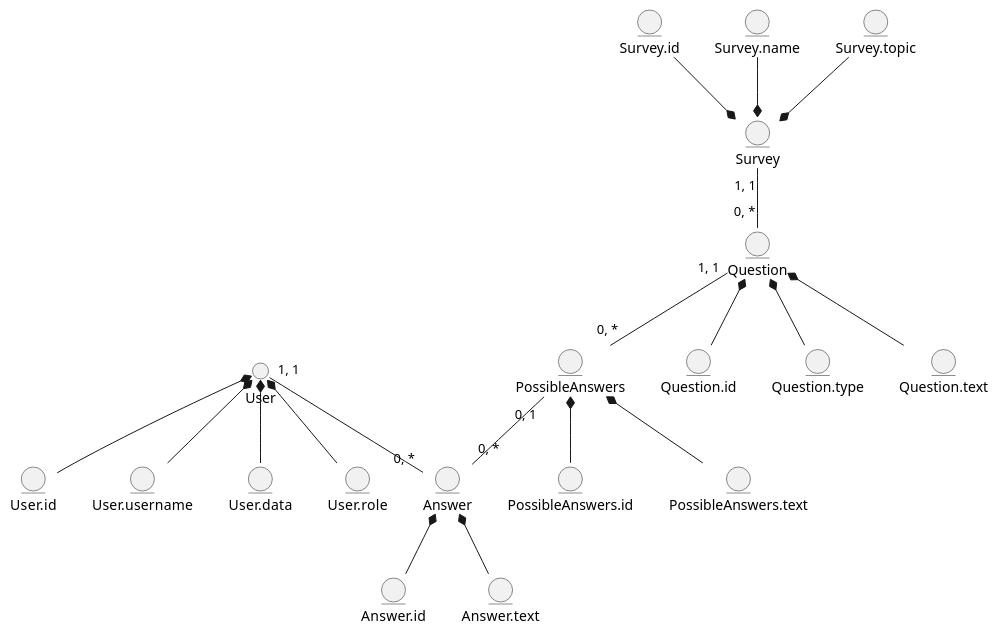
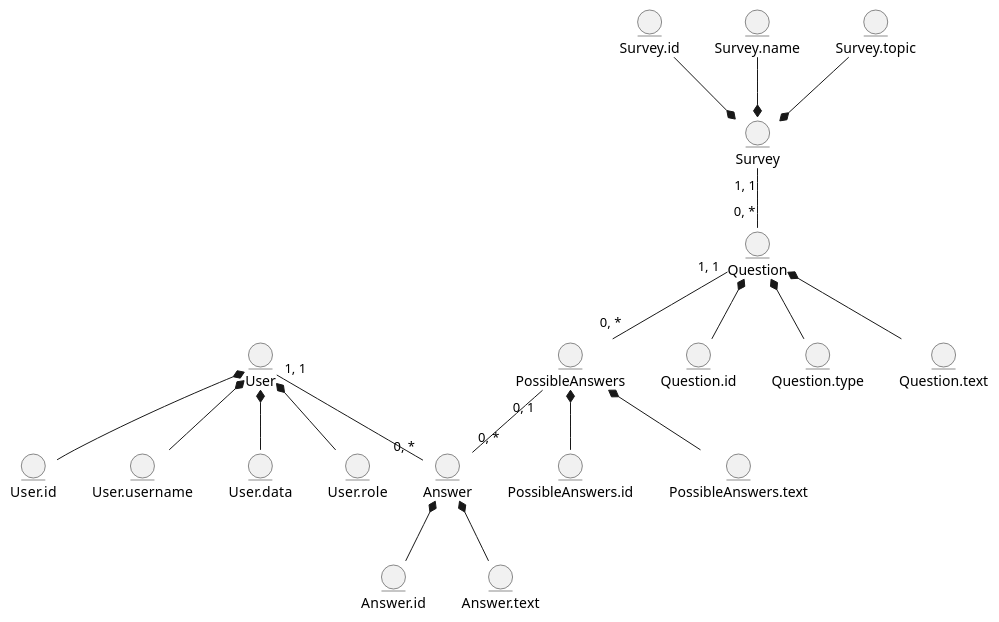
Before and after one commit to NothingIsMatter/database_basics_template: the diagram in src/uml/BE_model.puml, drawn with PlantUML.

```diff
--- a/src/uml/BE_model.puml
+++ b/src/uml/BE_model.puml
@@ -1,53 +1,53 @@
 @startuml
-'entity User
+  entity User
   entity User.id
   entity User.username
   entity User.data
   entity User.role
 
   entity Survey
   entity Survey.id
   entity Survey.name
   entity Survey.topic
 
   entity Question
   entity Question.id
   entity Question.type
   entity Question.text
 
   entity Answer
   entity Answer.id
   entity Answer.text
 
   entity PossibleAnswers
   entity PossibleAnswers.id
   entity PossibleAnswers.text
 
 
   Question "0, *" -u- "1, 1" Survey
   Answer "0, *" -u- "0, 1" PossibleAnswers
   Answer "0, *" -u- "1, 1" User
   PossibleAnswers "0, *" -u- "1, 1" Question
 
 
   User.id -u-* User
   User.username -u-* User
   User.role -u-* User
   User.data -u-* User
 
 
 
   Survey.id -d-* Survey
   Survey.name -d-* Survey
   Survey.topic -d-* Survey
 
   Question.id -u-* Question
   Question.type -u-* Question
   Question.text -u-* Question
 
   Answer.id -u-* Answer
   Answer.text -u-* Answer
 
   PossibleAnswers.id -u-* PossibleAnswers
   PossibleAnswers.text -u-* PossibleAnswers
 @enduml
```
